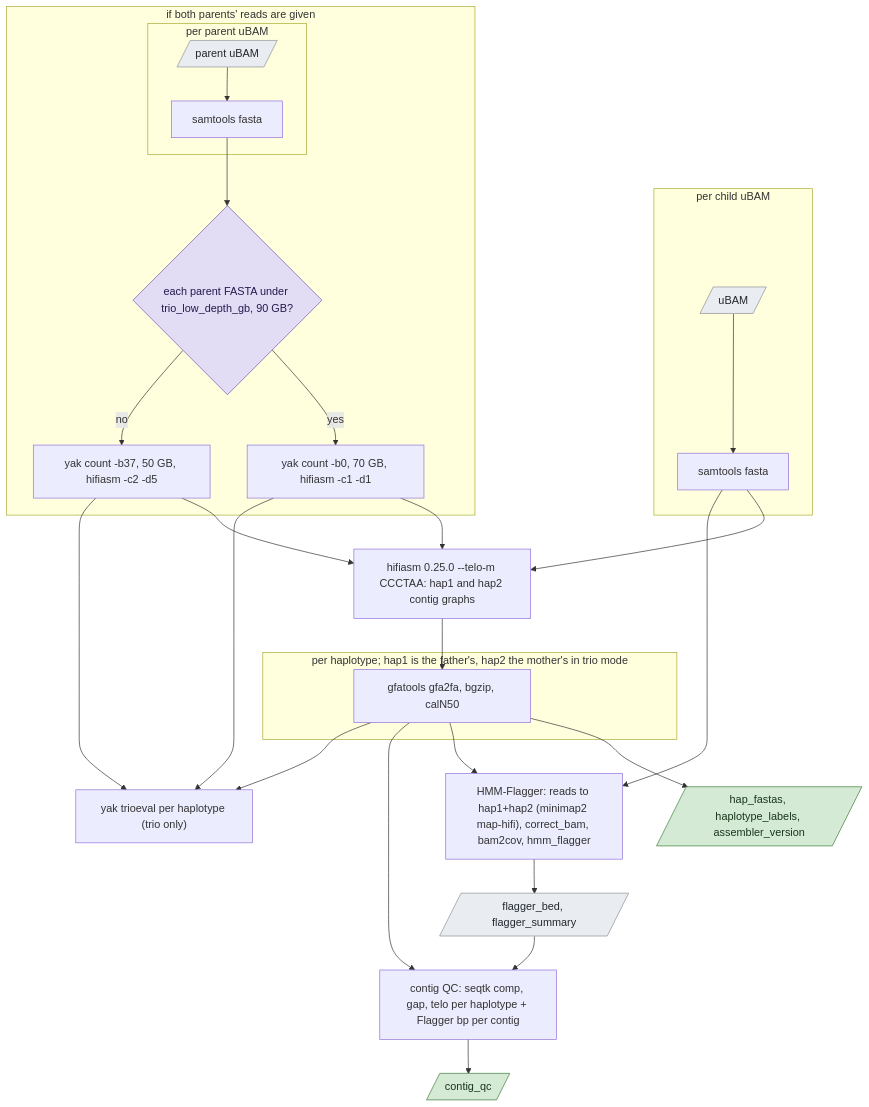
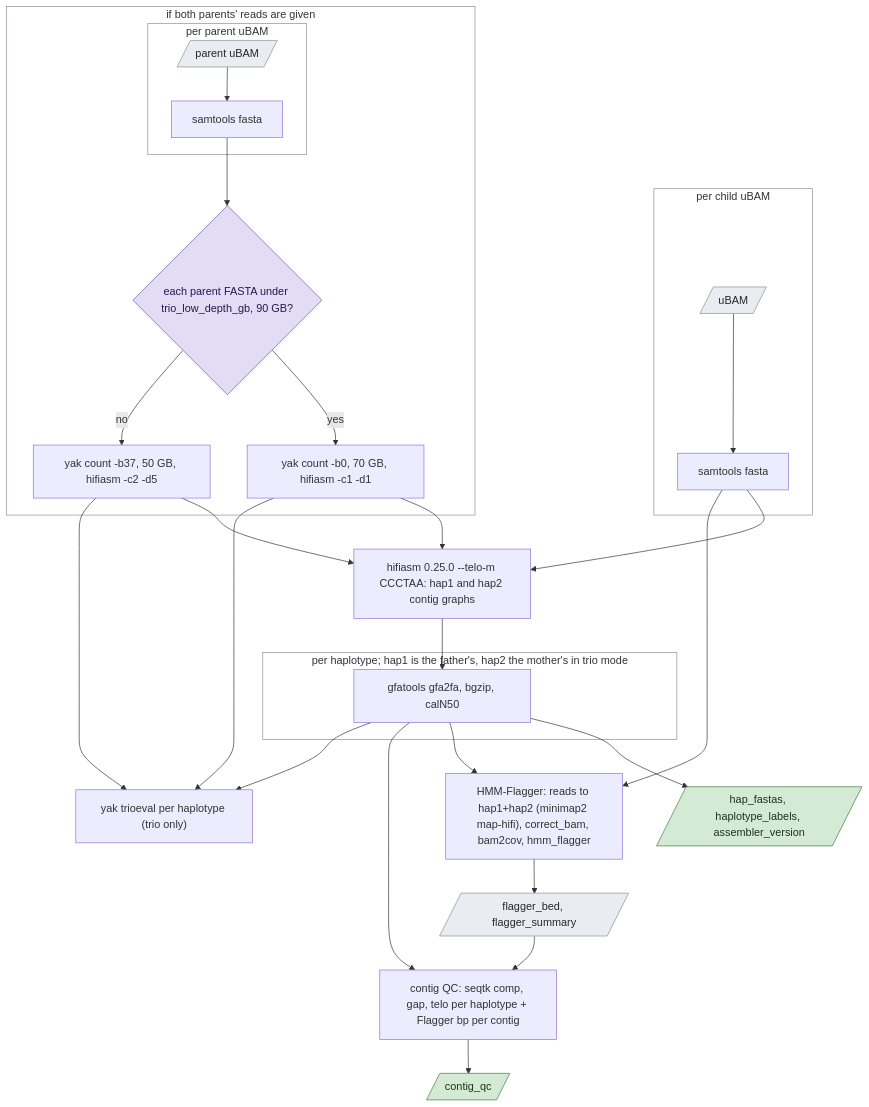
One commit to UppsalaGenomeCenter/ugc-wgw changed the diagram in docs/guide/stages/assembly.md. Above: the diagram before and after it, drawn with Mermaid. The commit also changed 19 other files, not shown here.

````diff
--- a/docs/guide/stages/assembly.md
+++ b/docs/guide/stages/assembly.md
@@ -19,34 +19,36 @@
 ```mermaid
 flowchart TD
   subgraph child["per child uBAM"]
     c[/"uBAM"/]:::data --> cf["samtools fasta"]
   end
   subgraph trio["if both parents' reads are given"]
     subgraph pf["per parent uBAM"]
       p[/"parent uBAM"/]:::data --> pfa["samtools fasta"]
     end
     pfa --> depth{"each parent FASTA under trio_low_depth_gb, 90 GB?"}:::decision
     depth -->|"yes"| y1["yak count -b0, 70 GB, hifiasm -c1 -d1"]
     depth -->|"no"| y2["yak count -b37, 50 GB, hifiasm -c2 -d5"]
   end
   cf --> asm["hifiasm 0.25.0 --telo-m CCCTAA: hap1 and hap2 contig graphs"]
   y1 --> asm
   y2 --> asm
   subgraph hap["per haplotype; hap1 is the father's, hap2 the mother's in trio mode"]
     fa["gfatools gfa2fa, bgzip, calN50"]
   end
   asm --> fa
   fa --> out[/"hap_fastas, haplotype_labels, assembler_version"/]:::result
   fa --> fl["HMM-Flagger: reads to hap1+hap2 (minimap2 map-hifi), correct_bam, bam2cov, hmm_flagger"]
   cf --> fl
   fl --> fb[/"flagger_bed, flagger_summary"/]:::data
   fb --> cq["contig QC: seqtk comp, gap, telo per haplotype + Flagger bp per contig"]
   fa --> cq
   cq --> cqo[/"contig_qc"/]:::result
   y1 --> te["yak trioeval per haplotype (trio only)"]
   y2 --> te
   fa --> te
   classDef data fill:#e9edf1,stroke:#8a8f95,color:#22272e
   classDef result fill:#d5ead4,stroke:#3f7d3c,color:#17361a
   classDef decision fill:#e3dcf5,stroke:#6b56b0,color:#241a4d
+  classDef box fill:none,stroke:#8a8f95
+  class child,trio,pf,hap box
 ```
````
